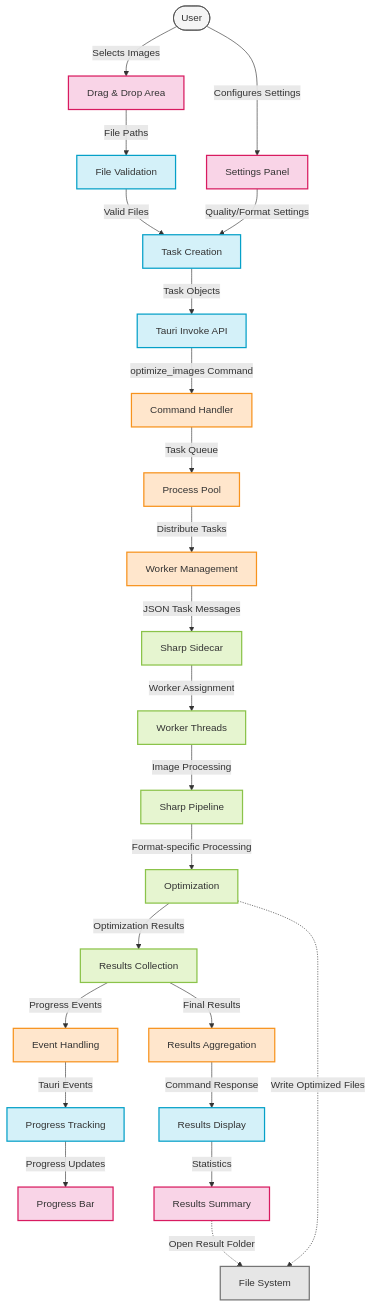
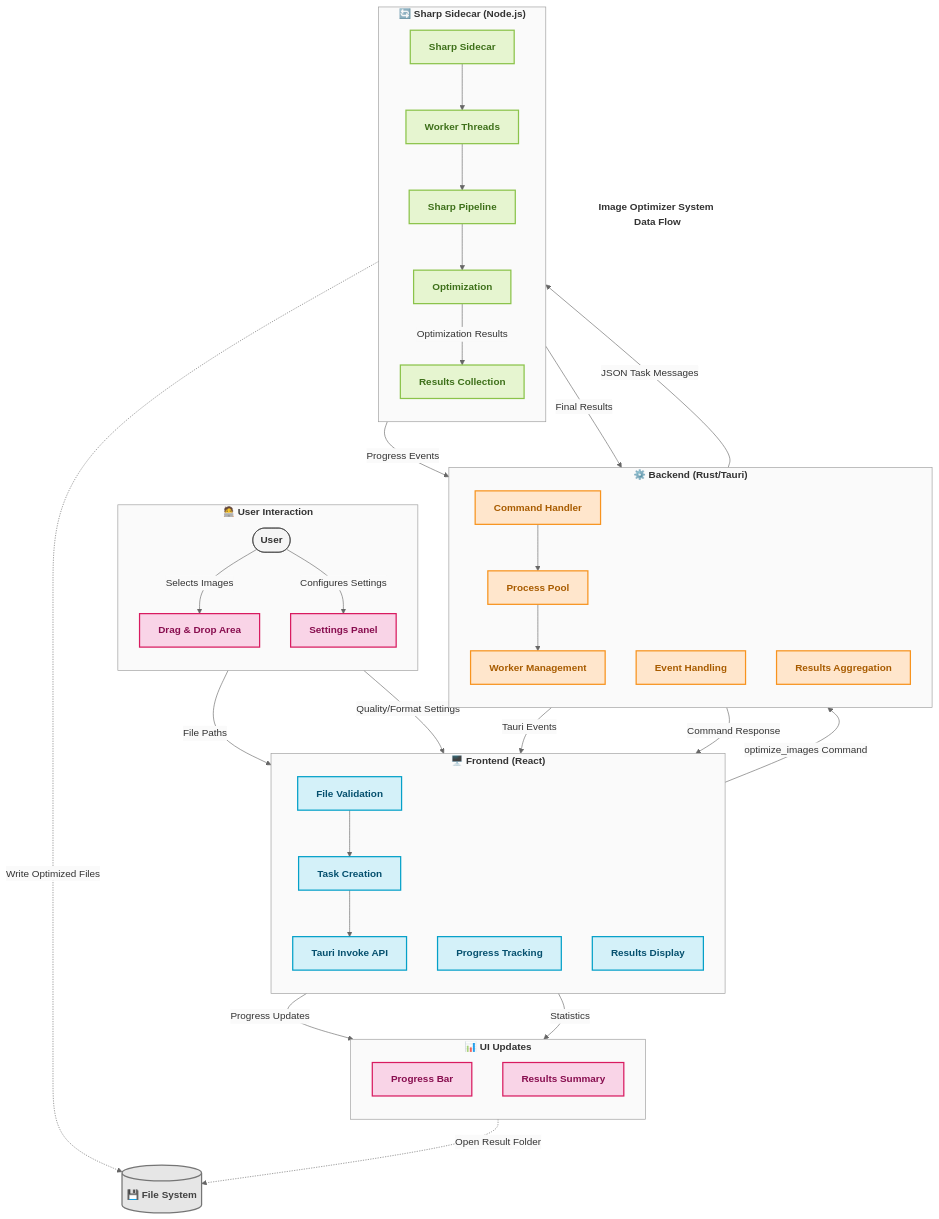
The second of 5 diagrams in DOCUMENTATION.md (MogensenJesse/image-optimizer), drawn with Mermaid before and after one commit. The commit also changed 1 other file, not shown here.

Commit message:
Imroved mermaid diagram

````diff
--- a/DOCUMENTATION.md
+++ b/DOCUMENTATION.md
@@ -41,54 +41,85 @@
 ```mermaid
+%%{init: {'theme': 'base', 'themeVariables': { 'primaryColor': '#f0f0f0', 'primaryTextColor': '#333', 'primaryBorderColor': '#999', 'lineColor': '#666', 'secondaryColor': '#fafafa', 'tertiaryColor': '#f4f4f4'}}}%%
 flowchart TD
-    %% User Interaction
-    User([User]) -->|Selects Images| UI1[Drag & Drop Area]
-    User -->|Configures Settings| UI2[Settings Panel]
+    %% Define subgraphs for better organization
+    subgraph User["🧑‍💻 User Interaction"]
+        direction TB
+        User1([User]) -->|Selects Images| UI1[Drag & Drop Area]
+        User1 -->|Configures Settings| UI2[Settings Panel]
+    end
     
-    %% Frontend Processing
-    UI1 -->|File Paths| FE1[File Validation]
-    UI2 -->|Quality/Format Settings| FE2[Task Creation]
-    FE1 -->|Valid Files| FE2
-    FE2 -->|Task Objects| FE3[Tauri Invoke API]
+    subgraph Frontend["🖥️ Frontend (React)"]
+        direction TB
+        FE1[File Validation] --> FE2[Task Creation]
+        FE2 --> FE3[Tauri Invoke API]
+        FE4[Progress Tracking]
+        FE5[Results Display]
+    end
     
-    %% Backend Processing
-    FE3 -->|optimize_images Command| BE1[Command Handler]
-    BE1 -->|Task Queue| BE2[Process Pool]
-    BE2 -->|Distribute Tasks| BE3[Worker Management]
+    subgraph Backend["⚙️ Backend (Rust/Tauri)"]
+        direction TB
+        BE1[Command Handler] --> BE2[Process Pool]
+        BE2 --> BE3[Worker Management]
+        BE4[Event Handling]
+        BE5[Results Aggregation]
+    end
     
-    %% Sidecar Processing
-    BE3 -->|JSON Task Messages| SC1[Sharp Sidecar]
-    SC1 -->|Worker Assignment| SC2[Worker Threads]
-    SC2 -->|Image Processing| SC3[Sharp Pipeline]
-    SC3 -->|Format-specific Processing| SC4[Optimization]
+    subgraph Sidecar["🔄 Sharp Sidecar (Node.js)"]
+        direction TB
+        SC1[Sharp Sidecar] --> SC2[Worker Threads]
+        SC2 --> SC3[Sharp Pipeline]
+        SC3 --> SC4[Optimization]
+        SC5[Results Collection]
+    end
     
-    %% Results Flow
-    SC4 -->|Optimization Results| SC5[Results Collection]
-    SC5 -->|Progress Events| BE4[Event Handling]
-    BE4 -->|Tauri Events| FE4[Progress Tracking]
-    SC5 -->|Final Results| BE5[Results Aggregation]
-    BE5 -->|Command Response| FE5[Results Display]
+    subgraph UI_Updates["📊 UI Updates"]
+        direction TB
+        UI3[Progress Bar]
+        UI4[Results Summary]
+    end
     
-    %% UI Updates
-    FE4 -->|Progress Updates| UI3[Progress Bar]
-    FE5 -->|Statistics| UI4[Results Summary]
+    %% Connect the subgraphs with labeled edges
+    UI1 -->|File Paths| FE1
+    UI2 -->|Quality/Format Settings| FE2
+    
+    FE3 -->|optimize_images Command| BE1
+    
+    BE3 -->|JSON Task Messages| SC1
+    
+    SC4 -->|Optimization Results| SC5
+    SC5 -->|Progress Events| BE4
+    BE4 -->|Tauri Events| FE4
+    SC5 -->|Final Results| BE5
+    BE5 -->|Command Response| FE5
+    
+    FE4 -->|Progress Updates| UI3
+    FE5 -->|Statistics| UI4
     
     %% File System Operations
-    SC4 -.->|Write Optimized Files| FS[File System]
+    SC4 -.->|Write Optimized Files| FS[(💾 File System)]
     UI4 -.->|Open Result Folder| FS
     
-    %% Styling
-    classDef frontend fill:#d4f1f9,stroke:#05a0c8,stroke-width:2px
-    classDef backend fill:#ffe6cc,stroke:#f7931e,stroke-width:2px
-    classDef sidecar fill:#e6f5d0,stroke:#8bc34a,stroke-width:2px
-    classDef ui fill:#f9d4e7,stroke:#d81b60,stroke-width:2px
-    classDef storage fill:#e6e6e6,stroke:#757575,stroke-width:2px
-    classDef user fill:#f5f5f5,stroke:#424242,stroke-width:1px
+    %% Add a title
+    Title[<b>Image Optimizer System Data Flow</b>]
+    style Title fill:none,stroke:none,color:#333,font-size:16px
     
-    %% Apply styles
-    class FE1,FE2,FE3,FE4,FE5 frontend
-    class BE1,BE2,BE3,BE4,BE5 backend
-    class SC1,SC2,SC3,SC4,SC5 sidecar
-    class UI1,UI2,UI3,UI4 ui
-    class FS storage
-    class User user
+    %% Enhanced styling
+    classDef userStyle fill:#f5f5f5,stroke:#424242,stroke-width:1px,color:#333,font-weight:bold,rounded:true
+    classDef frontendStyle fill:#d4f1f9,stroke:#05a0c8,stroke-width:2px,color:#05506e,font-weight:bold,rounded:true
+    classDef backendStyle fill:#ffe6cc,stroke:#f7931e,stroke-width:2px,color:#a85c00,font-weight:bold,rounded:true
+    classDef sidecarStyle fill:#e6f5d0,stroke:#8bc34a,stroke-width:2px,color:#3e701a,font-weight:bold,rounded:true
+    classDef uiStyle fill:#f9d4e7,stroke:#d81b60,stroke-width:2px,color:#880e4f,font-weight:bold,rounded:true
+    classDef storageStyle fill:#e6e6e6,stroke:#757575,stroke-width:2px,color:#424242,font-weight:bold,shape:cylinder
+    classDef subgraphStyle fill:#fafafa,stroke:#999,stroke-width:1px,color:#333,font-weight:bold
+    
+    %% Apply enhanced styles
+    class User1 userStyle
+    class UI1,UI2,UI3,UI4 uiStyle
+    class FE1,FE2,FE3,FE4,FE5 frontendStyle
+    class BE1,BE2,BE3,BE4,BE5 backendStyle
+    class SC1,SC2,SC3,SC4,SC5 sidecarStyle
+    class FS storageStyle
+    
+    %% Style the subgraphs
+    class User,Frontend,Backend,Sidecar,UI_Updates subgraphStyle
 ```
````
